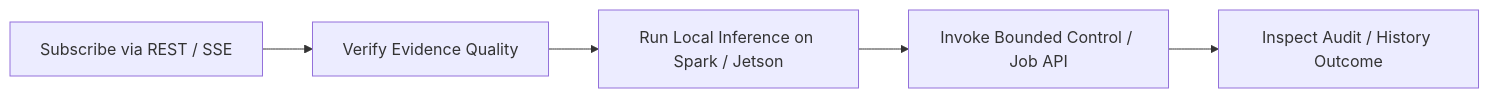
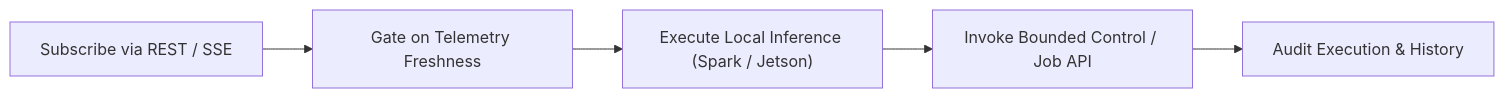
The diagram in docs/ai-customization.md (HKUOpenSource/OpenAirKit), drawn with Mermaid before and after one commit. The commit also changed other lines of this file and 40 other files, not shown here.

````diff
--- a/docs/ai-customization.md
+++ b/docs/ai-customization.md
@@ -39,7 +51,7 @@
 ```mermaid
 flowchart LR
-  OBS["Subscribe via REST / SSE"] --> VAL["Verify Evidence Quality"]
-  VAL --> INF["Run Local Inference on Spark / Jetson"]
+  OBS["Subscribe via REST / SSE"] --> VAL["Gate on Telemetry Freshness"]
+  VAL --> INF["Execute Local Inference (Spark / Jetson)"]
   INF --> ACT["Invoke Bounded Control / Job API"]
-  ACT --> AUD["Inspect Audit / History Outcome"]
+  ACT --> AUD["Audit Execution & History"]
 ```
````
